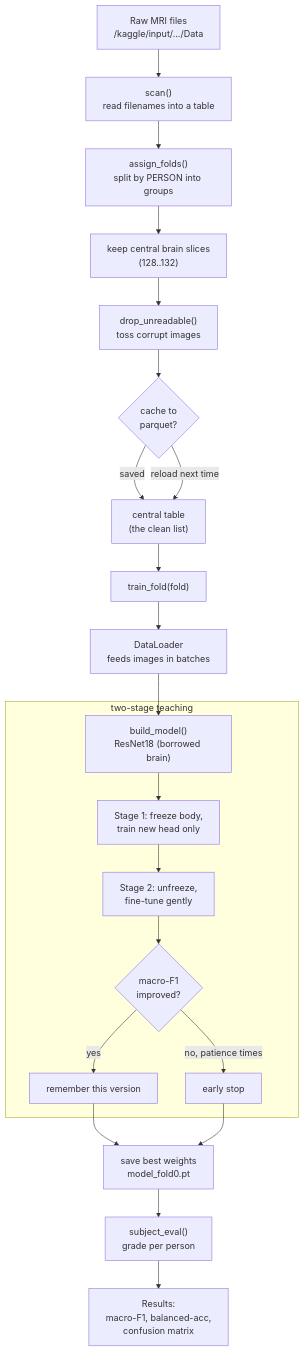
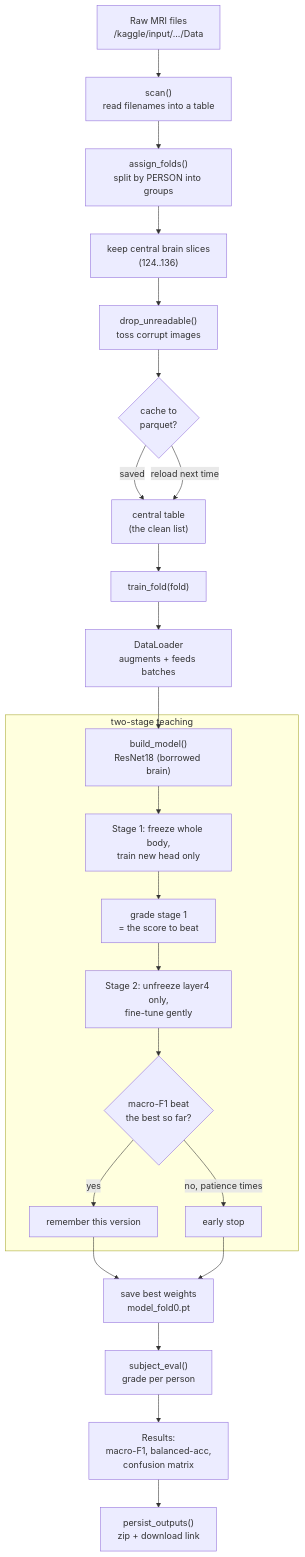
Before and after one commit to topoti/Alzheimer-s-Disease: the first of 2 diagrams in alzheimer-ensemble/notebooks/train_kaggle_implementation.md, drawn with Mermaid. The commit also changed other lines of this file and 1 other file, not shown here.

````diff
--- a/alzheimer-ensemble/notebooks/train_kaggle_implementation.md
+++ b/alzheimer-ensemble/notebooks/train_kaggle_implementation.md
@@ -177,27 +211,29 @@
 ```mermaid
 flowchart TD
     A["Raw MRI files<br/>/kaggle/input/.../Data"] --> B["scan()<br/>read filenames into a table"]
     B --> C["assign_folds()<br/>split by PERSON into groups"]
-    C --> D["keep central brain slices<br/>(128..132)"]
+    C --> D["keep central brain slices<br/>(124..136)"]
     D --> E["drop_unreadable()<br/>toss corrupt images"]
     E --> F{"cache to<br/>parquet?"}
     F -->|"saved"| G["central table<br/>(the clean list)"]
     F -->|"reload next time"| G
 
     G --> H["train_fold(fold)"]
-    H --> I["DataLoader<br/>feeds images in batches"]
+    H --> I["DataLoader<br/>augments + feeds batches"]
     I --> J["build_model()<br/>ResNet18 (borrowed brain)"]
 
     subgraph TRAIN["two-stage teaching"]
-        J --> K["Stage 1: freeze body,<br/>train new head only"]
-        K --> L["Stage 2: unfreeze,<br/>fine-tune gently"]
-        L --> M{"macro-F1<br/>improved?"}
+        J --> K["Stage 1: freeze whole body,<br/>train new head only"]
+        K --> K2["grade stage 1<br/>= the score to beat"]
+        K2 --> L["Stage 2: unfreeze layer4 only,<br/>fine-tune gently"]
+        L --> M{"macro-F1 beat<br/>the best so far?"}
         M -->|"yes"| N["remember this version"]
         M -->|"no, patience times"| O["early stop"]
     end
 
     N --> P["save best weights<br/>model_fold0.pt"]
     O --> P
     P --> Q["subject_eval()<br/>grade per person"]
     Q --> R["Results:<br/>macro-F1, balanced-acc,<br/>confusion matrix"]
+    R --> S["persist_outputs()<br/>zip + download link"]
 ```
````
